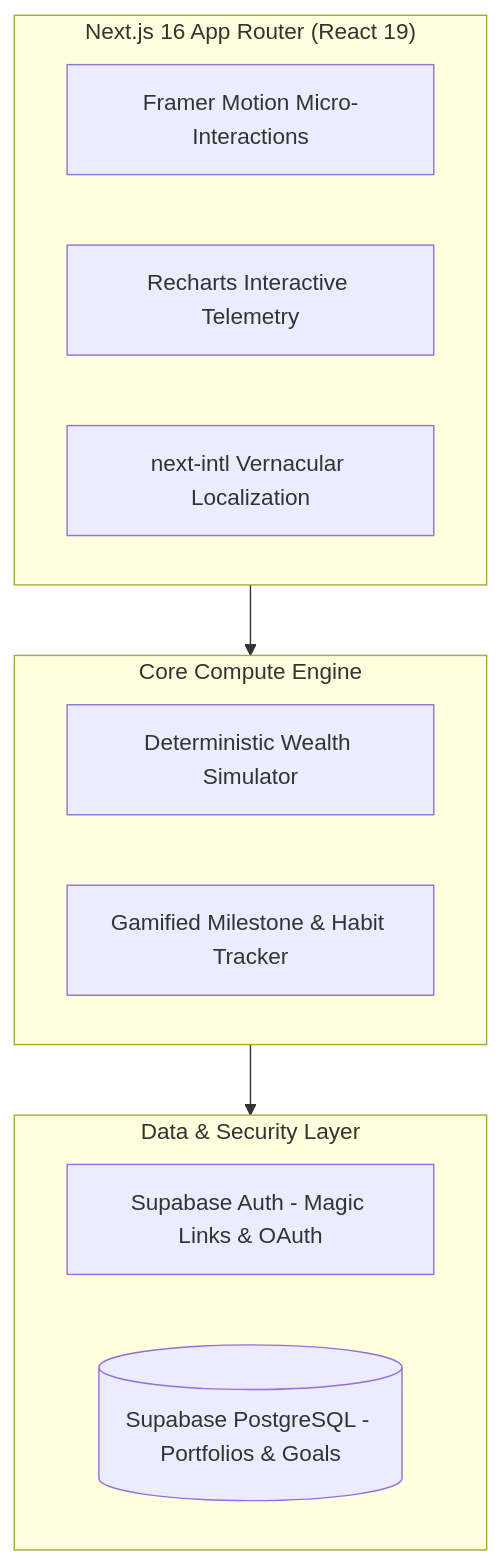
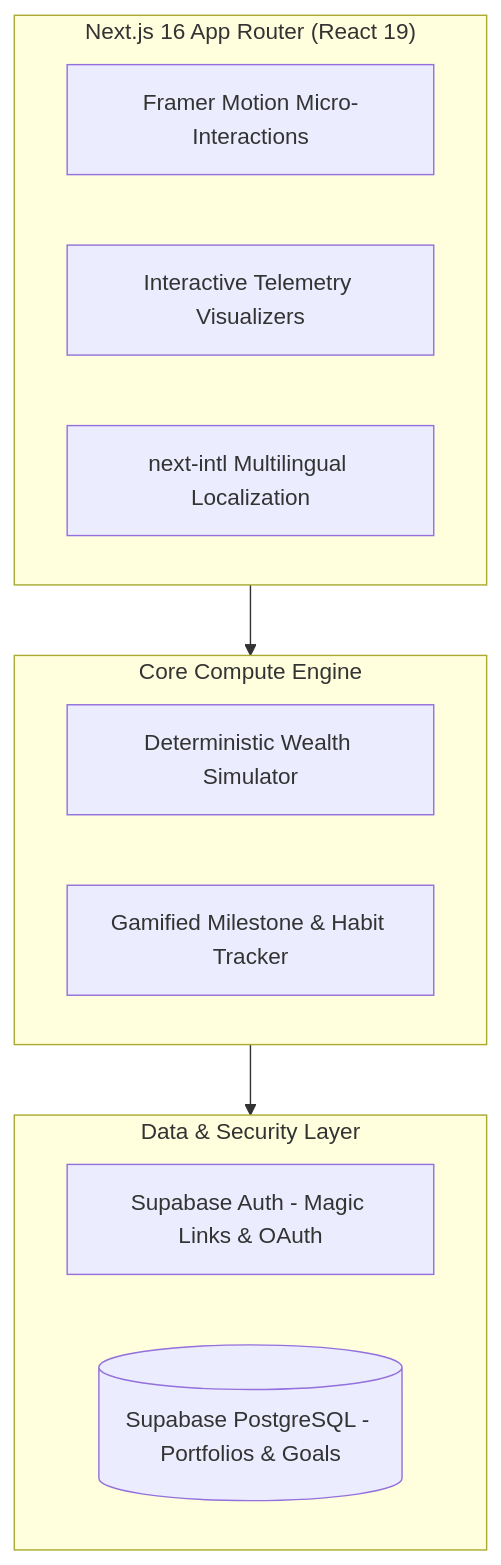
One commit to ShivamRaut1610/Arthvo changed the diagram in README.md. Above: the diagram before and after it, drawn with Mermaid. The commit also changed other lines of this file, not shown here.

````diff
--- a/README.md
+++ b/README.md
@@ -25,21 +55,21 @@
 ```mermaid
 flowchart TD
     subgraph Client["Next.js 16 App Router (React 19)"]
         UI[Framer Motion Micro-Interactions]
-        Charts[Recharts Interactive Telemetry]
-        i18n[next-intl Vernacular Localization]
+        Charts[Interactive Telemetry Visualizers]
+        i18n[next-intl Multilingual Localization]
     end
 
     subgraph StateAndCompute["Core Compute Engine"]
         SimEngine[Deterministic Wealth Simulator]
         Milestones[Gamified Milestone & Habit Tracker]
     end
 
     subgraph CloudLayer["Data & Security Layer"]
         SupaAuth[Supabase Auth - Magic Links & OAuth]
         SupaDB[(Supabase PostgreSQL - Portfolios & Goals)]
     end
 
     Client --> StateAndCompute
     StateAndCompute --> CloudLayer
 ```
````
